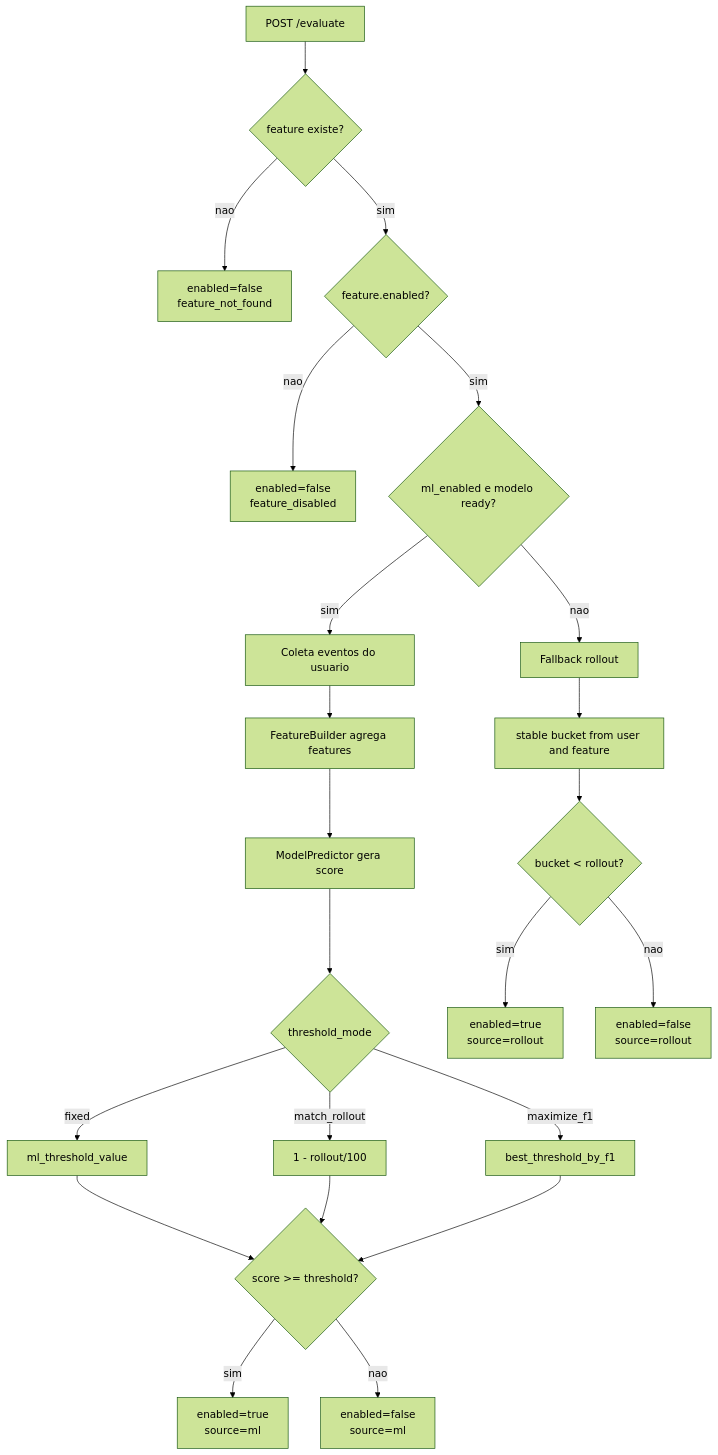
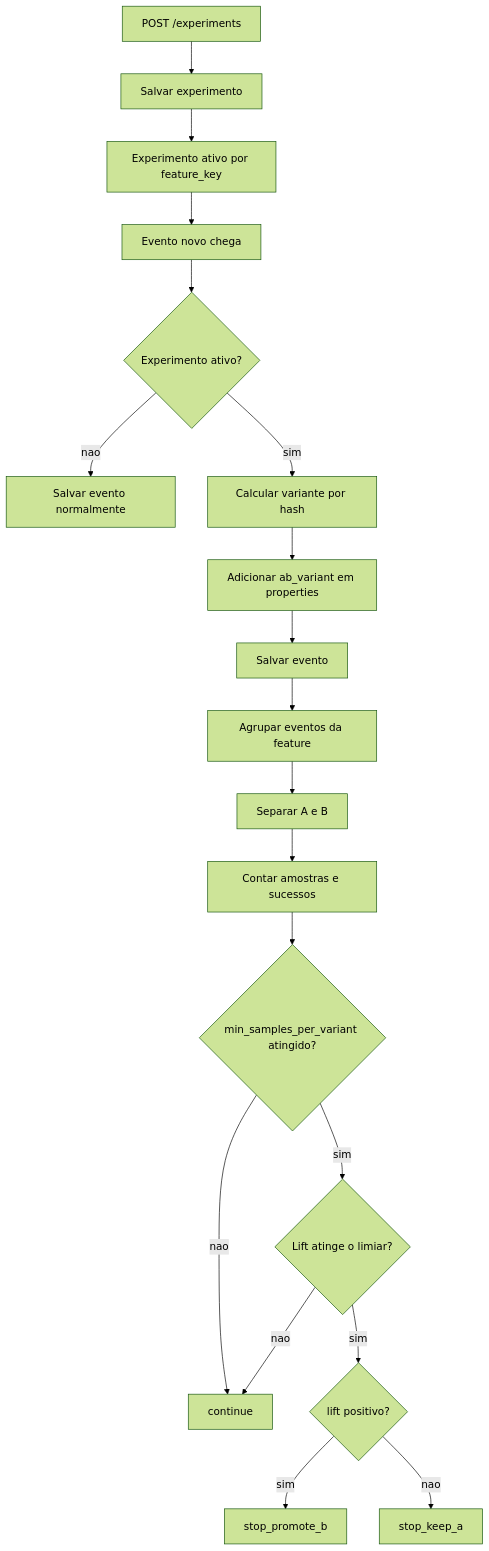
Before and after one commit to MariaCarolinass/adaptive-feature-flags: the third of 3 diagrams in RELATORIO_ML.md, drawn with Mermaid (forest theme). The commit also changed other lines of this file, not shown here.

````diff
--- a/RELATORIO_ML.md
+++ b/RELATORIO_ML.md
@@ -274,25 +422,21 @@
 ```mermaid
 flowchart TD
-    A[POST /evaluate] --> B{feature existe?}
-    B -- nao --> C[enabled=false\nfeature_not_found]
-    B -- sim --> D{feature.enabled?}
-    D -- nao --> E[enabled=false\nfeature_disabled]
-    D -- sim --> F{ml_enabled e modelo ready?}
-    F -- nao --> G[Fallback rollout]
-    F -- sim --> H[Coleta eventos do usuario]
-    H --> I[FeatureBuilder agrega features]
-    I --> J[ModelPredictor gera score]
-    J --> K{threshold_mode}
-    K -->|fixed| L[ml_threshold_value]
-    K -->|match_rollout| M[1 - rollout/100]
-    K -->|maximize_f1| N[best_threshold_by_f1]
-    L --> O{score >= threshold?}
-    M --> O
-    N --> O
-    O -- sim --> P[enabled=true\nsource=ml]
-    O -- nao --> Q[enabled=false\nsource=ml]
-    G --> R["stable bucket from user and feature"]
-    R --> S{bucket < rollout?}
-    S -- sim --> T[enabled=true\nsource=rollout]
-    S -- nao --> U[enabled=false\nsource=rollout]
+    A["POST /experiments"] --> B["Salvar experimento"]
+    B --> C["Experimento ativo por feature_key"]
+    C --> D["Evento novo chega"]
+    D --> E{Experimento ativo?}
+    E -- nao --> F["Salvar evento normalmente"]
+    E -- sim --> G["Calcular variante por hash"]
+    G --> H["Adicionar ab_variant em properties"]
+    H --> I["Salvar evento"]
+    I --> J["Agrupar eventos da feature"]
+    J --> K["Separar A e B"]
+    K --> L["Contar amostras e sucessos"]
+    L --> M{min_samples_per_variant atingido?}
+    M -- nao --> N["continue"]
+    M -- sim --> O{"Lift atinge o limiar?"}
+    O -- nao --> N
+    O -- sim --> P{lift positivo?}
+    P -- sim --> Q["stop_promote_b"]
+    P -- nao --> R["stop_keep_a"]
 ```
````
